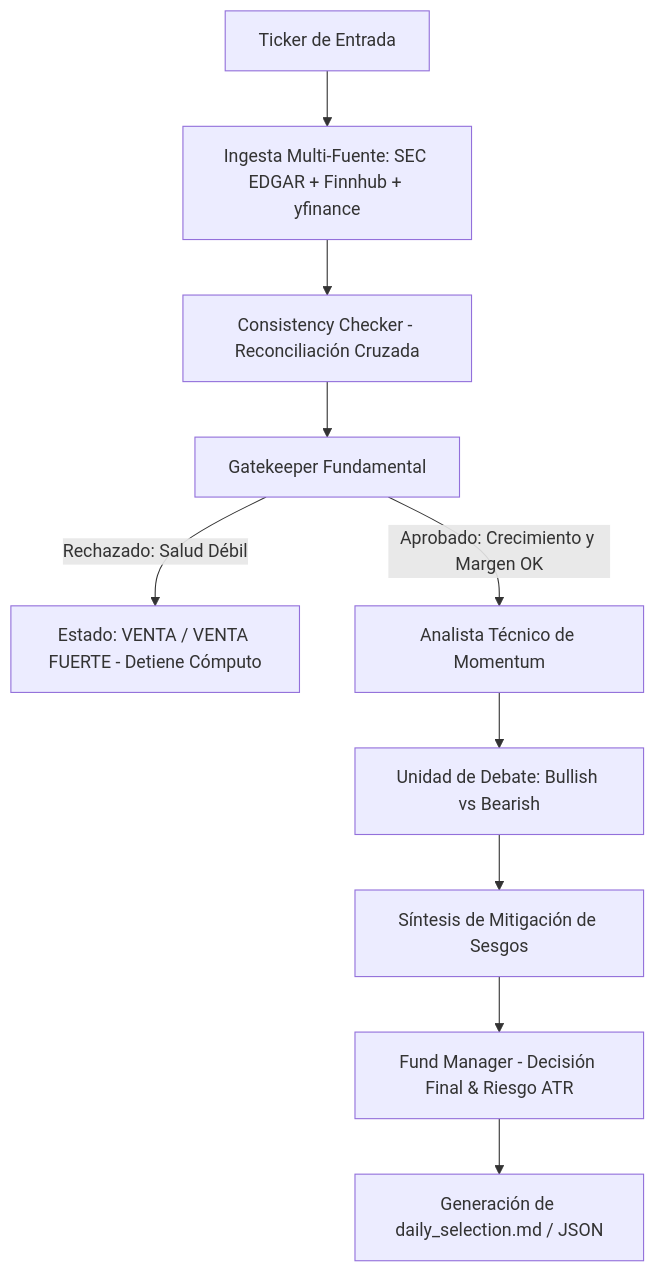
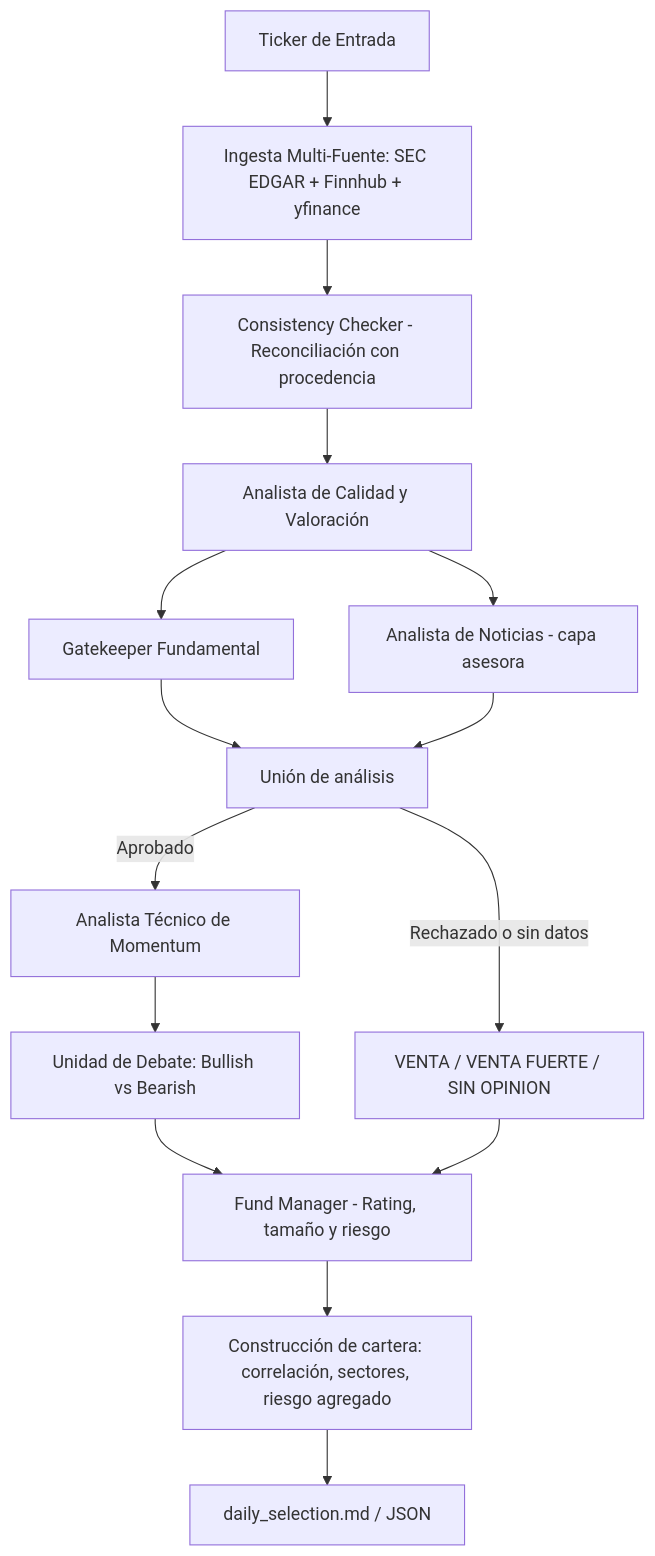
Before and after one commit to cterrad/10_Multi_Agent_Financiero: the diagram in README.md, drawn with Mermaid. The commit also changed other lines of this file and 30 other files, not shown here.

First line of the commit message:
feat: analisis institucional — calidad, valoracion, estilo y cartera

````diff
--- a/README.md
+++ b/README.md
@@ -18,12 +18,17 @@
 ```mermaid
 graph TD
     A[Ticker de Entrada] --> B[Ingesta Multi-Fuente: SEC EDGAR + Finnhub + yfinance]
-    B --> CC[Consistency Checker - Reconciliación Cruzada]
-    CC --> C1[Gatekeeper Fundamental]
-    C1 -->|Rechazado: Salud Débil| D1[Estado: VENTA / VENTA FUERTE - Detiene Cómputo]
-    C1 -->|Aprobado: Crecimiento y Margen OK| E1[Analista Técnico de Momentum]
+    B --> CC[Consistency Checker - Reconciliación con procedencia]
+    CC --> Q1[Analista de Calidad y Valoración]
+    Q1 --> C1[Gatekeeper Fundamental]
+    Q1 --> N1[Analista de Noticias - capa asesora]
+    C1 --> J1[Unión de análisis]
+    N1 --> J1
+    J1 -->|Rechazado o sin datos| D1[VENTA / VENTA FUERTE / SIN OPINION]
+    J1 -->|Aprobado| E1[Analista Técnico de Momentum]
     E1 --> F1[Unidad de Debate: Bullish vs Bearish]
-    F1 --> G1[Síntesis de Mitigación de Sesgos]
-    G1 --> H1[Fund Manager - Decisión Final & Riesgo ATR]
-    H1 --> I1[Generación de daily_selection.md / JSON]
+    F1 --> H1[Fund Manager - Rating, tamaño y riesgo]
+    D1 --> H1
+    H1 --> P1[Construcción de cartera: correlación, sectores, riesgo agregado]
+    P1 --> I1[daily_selection.md / JSON]
 ```
````
